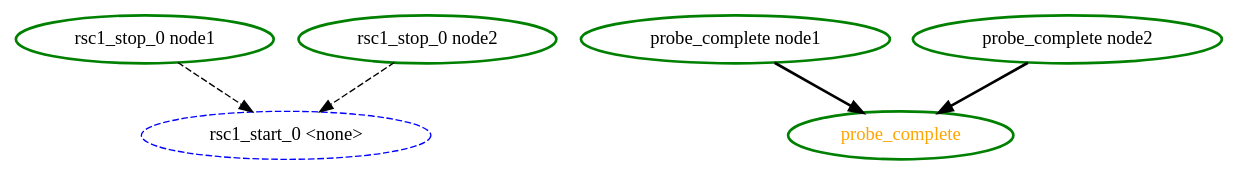
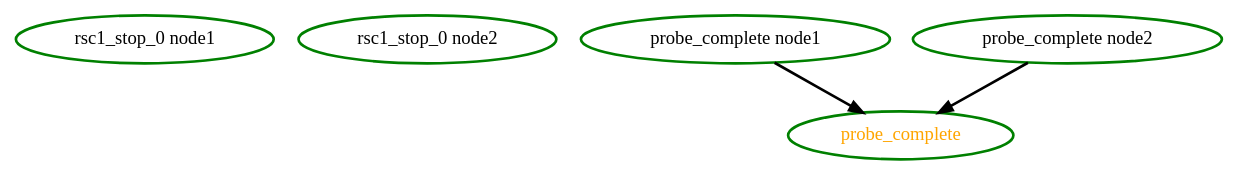
The diagram in crm/pengine/testcases/rec-rsc-0.dot (richiewen8/heartbeat), drawn with Graphviz before and after one commit. The commit also changed 24 other files, not shown here.

```diff
--- a/crm/pengine/testcases/rec-rsc-0.dot
+++ b/crm/pengine/testcases/rec-rsc-0.dot
@@ -1,13 +1,10 @@
 digraph "g" {
 	size = "30,30"
-"rsc1_start_0 <none>" [ style="dashed" color="blue" fontcolor="black" ]
 "rsc1_stop_0 node1" [ style=bold color="green" fontcolor="black" ]
 "rsc1_stop_0 node2" [ style=bold color="green" fontcolor="black" ]
 "probe_complete" [ style=bold color="green" fontcolor="orange" ]
 "probe_complete node1" [ style=bold color="green" fontcolor="black" ]
 "probe_complete node2" [ style=bold color="green" fontcolor="black" ]
-"rsc1_stop_0 node1" -> "rsc1_start_0 <none>" [ style = dashed]
-"rsc1_stop_0 node2" -> "rsc1_start_0 <none>" [ style = dashed]
 "probe_complete node1" -> "probe_complete" [ style = bold]
 "probe_complete node2" -> "probe_complete" [ style = bold]
 }
```
